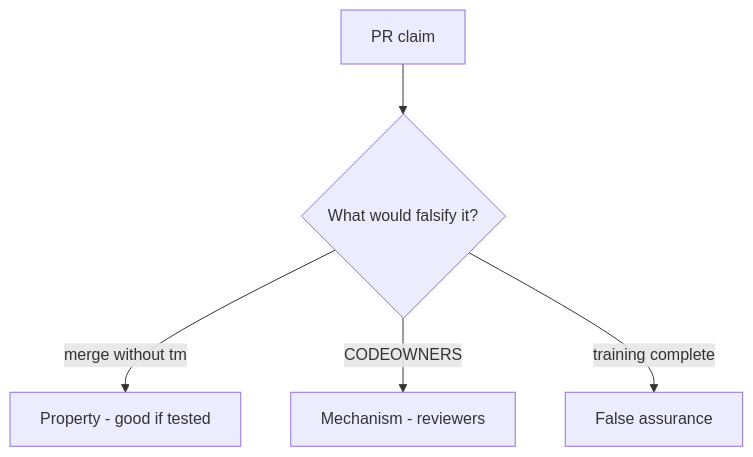
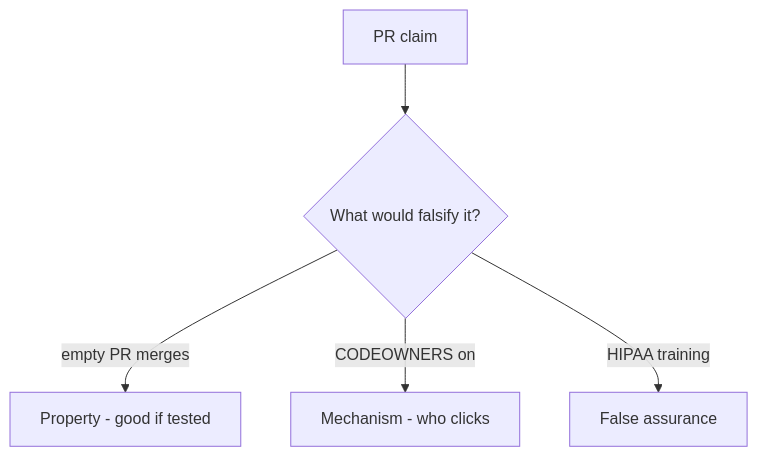
One commit to ishitvagoel/LearnSecurity changed the diagram in content/modules/10/10.1/lessons/08-review.md. Above: the diagram before and after it, drawn with Mermaid. The commit also changed other lines of this file and 28 other files, not shown here.

````diff
--- a/content/modules/10/10.1/lessons/08-review.md
+++ b/content/modules/10/10.1/lessons/08-review.md
@@ -15,7 +17,7 @@
 ```mermaid
 flowchart TD
-  Claim[PR claim] --> Q{What would falsify it?}
-  Q -->|merge without tm| Property["Property - good if tested"]
-  Q -->|CODEOWNERS| Mechanism[Mechanism - reviewers]
-  Q -->|training complete| False[False assurance]
+  Claim[PR claim] --> Q{"What would falsify it?"}
+  Q -->|empty PR merges| Property["Property - good if tested"]
+  Q -->|CODEOWNERS on| Mechanism[Mechanism - who clicks]
+  Q -->|HIPAA training| False[False assurance]
 ```
````
